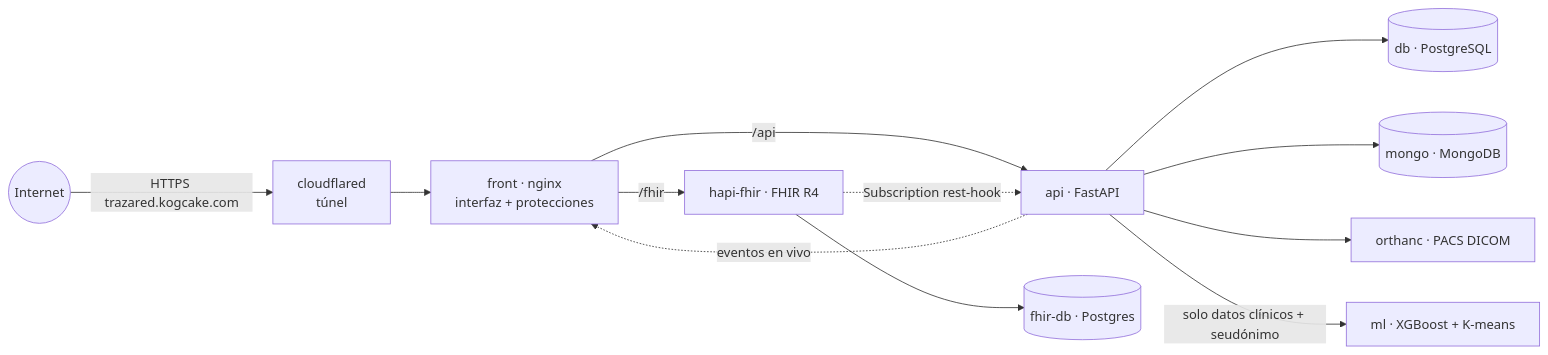
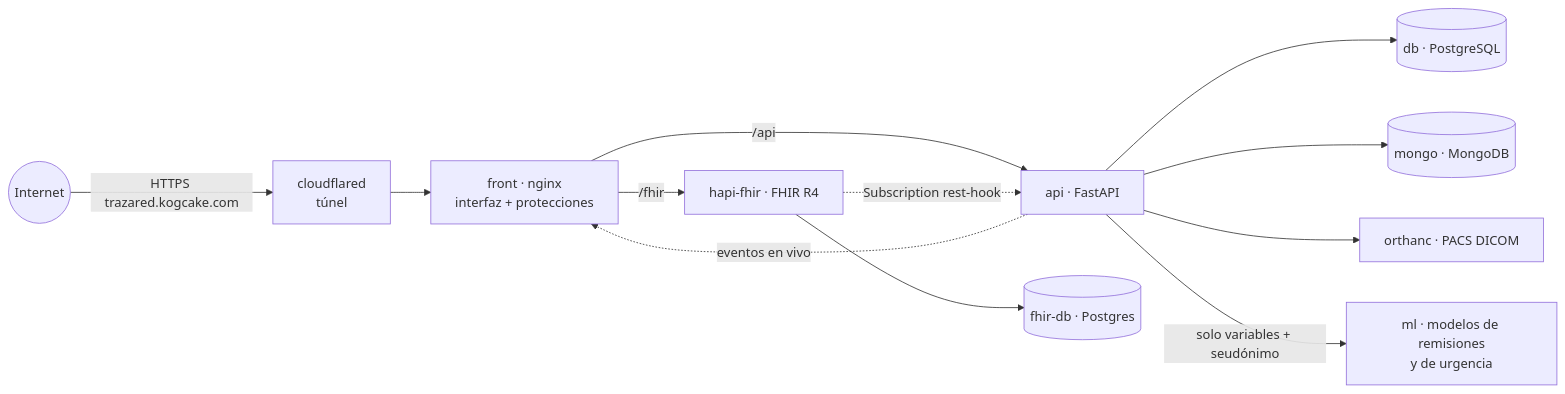
One commit to Laura25a/TrazaRedHUV changed the first of 2 diagrams in README.md. Above: the diagram before and after it, drawn with Mermaid. The commit also changed other lines of this file, not shown here.

````diff
--- a/README.md
+++ b/README.md
@@ -64,14 +75,14 @@
 ```mermaid
 flowchart LR
     internet((Internet)) -->|HTTPS trazared.kogcake.com| cf[cloudflared<br/>túnel]
     cf --> front[front · nginx<br/>interfaz + protecciones]
     front -->|/api| api[api · FastAPI]
     front -->|/fhir| hapi[hapi-fhir · FHIR R4]
     hapi --> fhirdb[(fhir-db · Postgres)]
     api --> db[(db · PostgreSQL)]
     api --> mongo[(mongo · MongoDB)]
     api --> orthanc[orthanc · PACS DICOM]
-    api -->|solo datos clínicos + seudónimo| ml[ml · XGBoost + K-means]
+    api -->|solo variables + seudónimo| ml[ml · modelos de remisiones<br/>y de urgencia]
     hapi -.->|Subscription rest-hook| api
     api -.->|eventos en vivo| front
 ```
````
